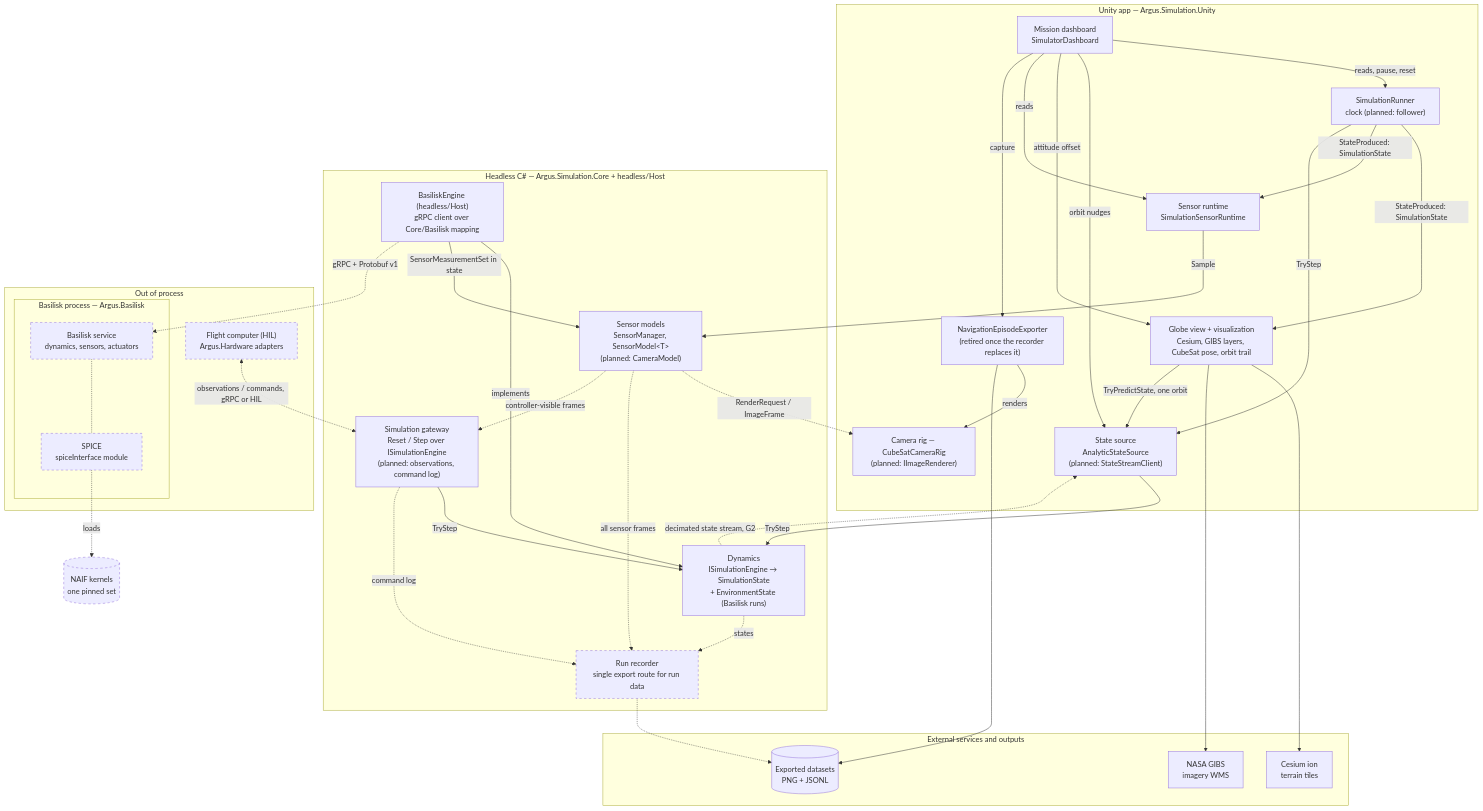
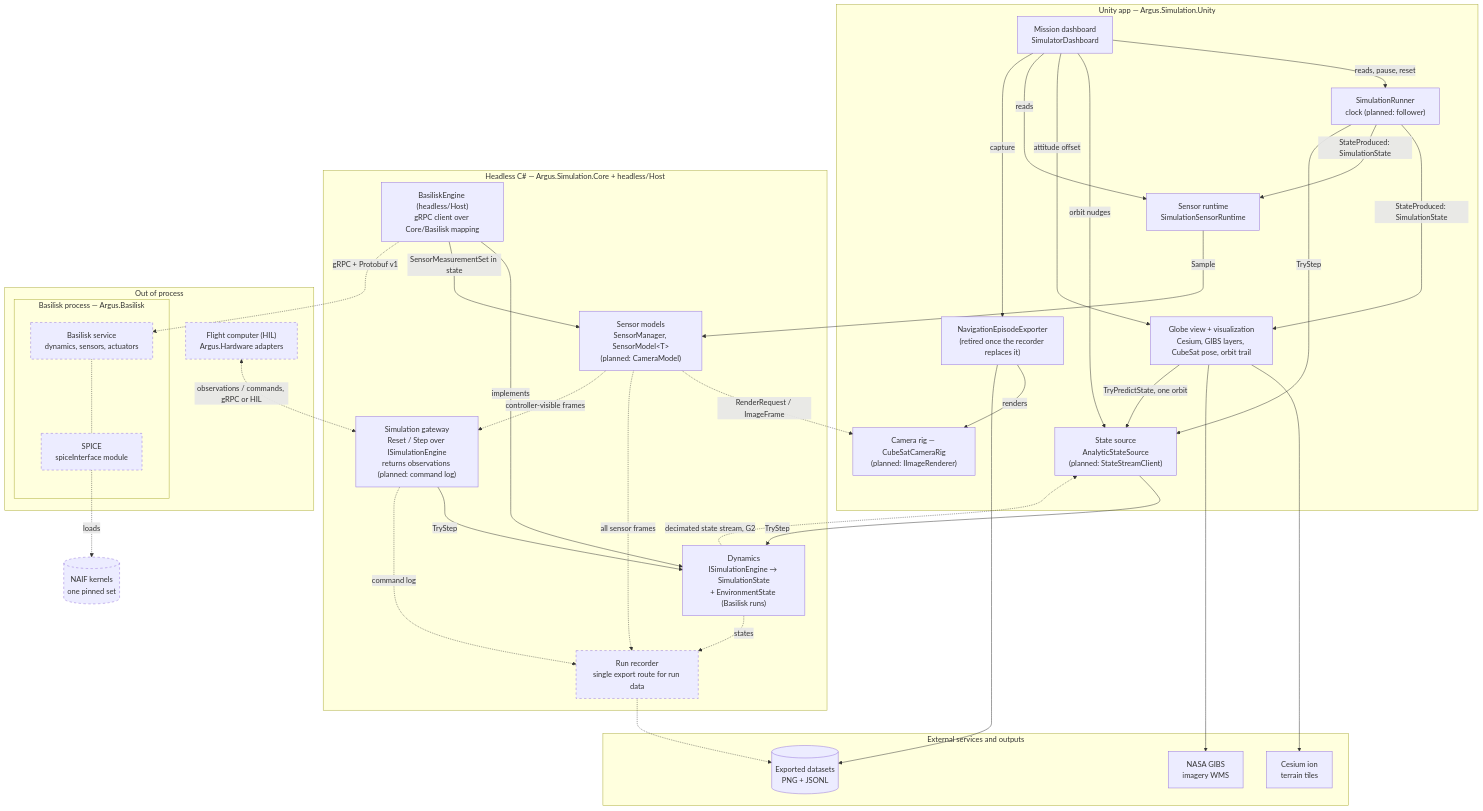
One commit to cmu-argus-2/argus_simulation changed the first of 2 diagrams in docs/target-architecture.md. Above: the diagram before and after it, drawn with Mermaid. The commit also changed other lines of this file and 19 other files, not shown here.

````diff
--- a/docs/target-architecture.md
+++ b/docs/target-architecture.md
@@ -21,70 +21,70 @@
 ```mermaid
 flowchart TB
     subgraph EXT["External services and outputs"]
         ion["Cesium ion<br/>terrain tiles"]
         gibs["NASA GIBS<br/>imagery WMS"]
         data[("Exported datasets<br/>PNG + JSONL")]
     end
 
     subgraph UNITY["Unity app — Argus.Simulation.Unity"]
         globe["Globe view + visualization<br/>Cesium, GIBS layers, CubeSat pose, orbit trail"]
         camr["Camera rig — CubeSatCameraRig<br/>(planned: IImageRenderer)"]
         runner["SimulationRunner<br/>clock (planned: follower)"]
         src["State source<br/>AnalyticStateSource<br/>(planned: StateStreamClient)"]
         sens["Sensor runtime<br/>SimulationSensorRuntime"]
         dash["Mission dashboard<br/>SimulatorDashboard"]
         exporter["NavigationEpisodeExporter<br/>(retired once the recorder replaces it)"]
     end
 
     subgraph CORE["Headless C# — Argus.Simulation.Core + headless/Host"]
         dyn["Dynamics<br/>ISimulationEngine → SimulationState<br/>+ EnvironmentState (Basilisk runs)"]
         smod["Sensor models<br/>SensorManager, SensorModel&lt;T&gt;<br/>(planned: CameraModel)"]
-        gate["Simulation gateway<br/>Reset / Step over ISimulationEngine<br/>(planned: observations, command log)"]
+        gate["Simulation gateway<br/>Reset / Step over ISimulationEngine<br/>returns observations (planned: command log)"]
         beng["BasiliskEngine (headless/Host)<br/>gRPC client over Core/Basilisk mapping"]
         rec["Run recorder<br/>single export route for run data"]
     end
 
     subgraph OOP["Out of process"]
         subgraph BSKP["Basilisk process — Argus.Basilisk"]
             bsk["Basilisk service<br/>dynamics, sensors, actuators"]
             spice["SPICE<br/>spiceInterface module"]
         end
         hil["Flight computer (HIL)<br/>Argus.Hardware adapters"]
     end
 
     naif[("NAIF kernels<br/>one pinned set")]
 
     globe --> ion
     globe --> gibs
     runner -->|StateProduced: SimulationState| globe
     runner -->|StateProduced: SimulationState| sens
     runner -->|TryStep| src
     globe -->|TryPredictState, one orbit| src
     dash -->|reads, pause, reset| runner
     dash -->|orbit nudges| src
     dash -->|attitude offset| globe
     dash -->|reads| sens
     dash -->|capture| exporter
     src -->|TryStep| dyn
     sens -->|Sample| smod
     gate -->|TryStep| dyn
     exporter -->|renders| camr
     exporter --> data
 
     smod -.->|RenderRequest / ImageFrame| camr
     beng -->|implements| dyn
     beng -->|SensorMeasurementSet in state| smod
     beng -.->|gRPC + Protobuf v1| bsk
     bsk -.- spice
     spice -.->|loads| naif
     dyn -.->|states| rec
     dyn -.->|decimated state stream, G2| src
     smod -.->|all sensor frames| rec
     smod -.->|controller-visible frames| gate
     gate -.->|command log| rec
     hil <-.->|observations / commands, gRPC or HIL| gate
     rec -.-> data
 
     classDef planned stroke-dasharray: 5 5
     class rec,bsk,spice,hil,naif planned
 ```
````
